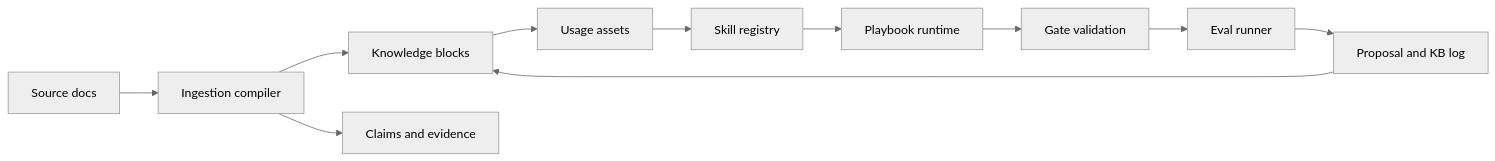
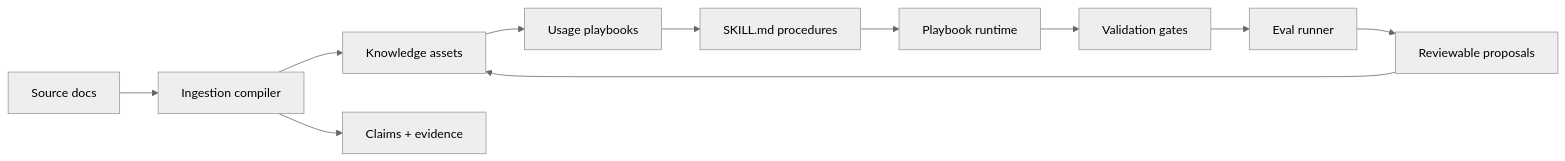
The diagram in README.md (2sao7sao/EvolveKB), drawn with Mermaid (neutral theme) before and after one commit. The commit also changed other lines of this file and 1 other file, not shown here.

````diff
--- a/README.md
+++ b/README.md
@@ -69,13 +143,13 @@
 ```mermaid
 flowchart LR
-    A["Source docs"] --> B["Ingestion compiler"]
-    B --> C["Knowledge blocks"]
-    B --> D["Claims and evidence"]
-    C --> E["Usage assets"]
-    E --> F["Skill registry"]
-    F --> G["Playbook runtime"]
-    G --> H["Gate validation"]
-    H --> I["Eval runner"]
-    I --> J["Proposal and KB log"]
-    J --> C
+  A["Source docs"] --> B["Ingestion compiler"]
+  B --> C["Knowledge assets"]
+  B --> D["Claims + evidence"]
+  C --> E["Usage playbooks"]
+  E --> F["SKILL.md procedures"]
+  F --> G["Playbook runtime"]
+  G --> H["Validation gates"]
+  H --> I["Eval runner"]
+  I --> J["Reviewable proposals"]
+  J --> C
 ```
````
